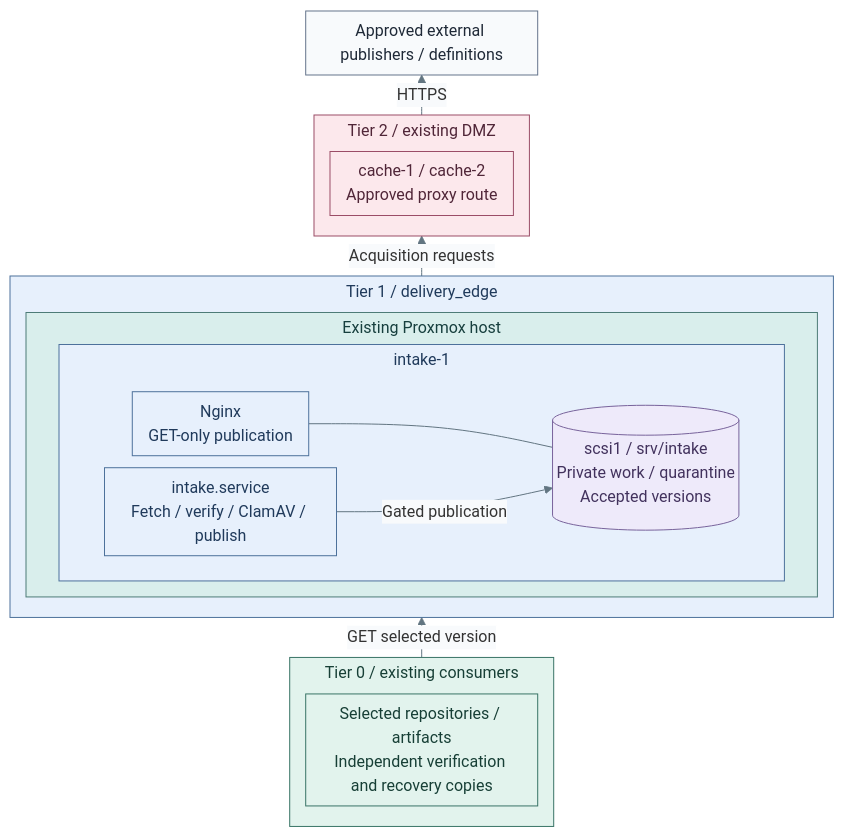
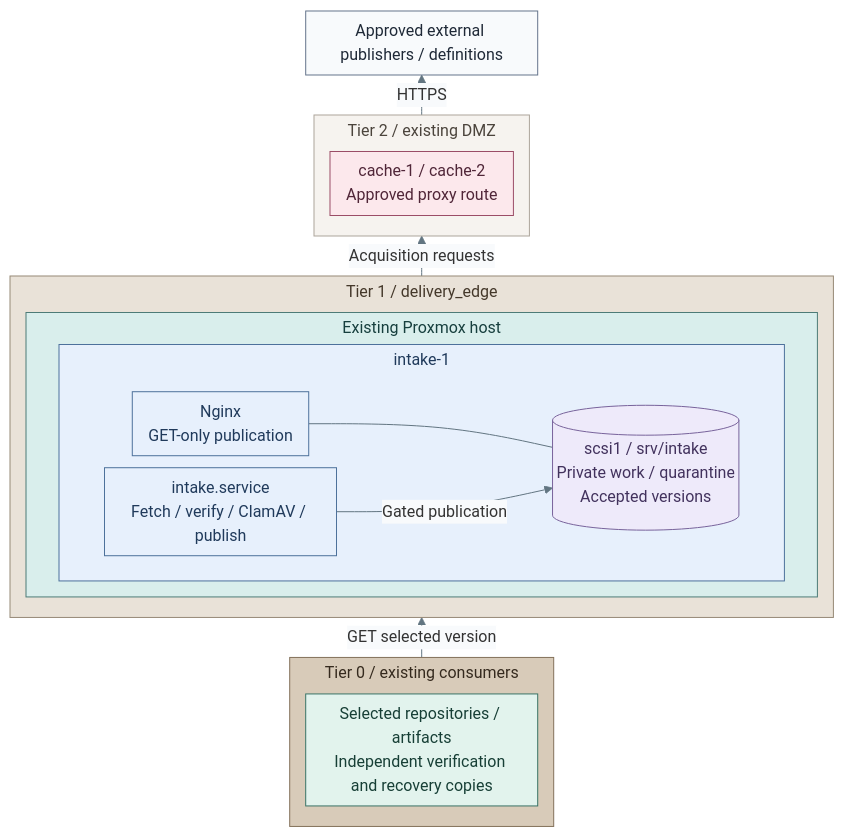
The first of 2 diagrams in docs/03-deployment/stage-3-trust/step-15b-verified-intake.md (Rexus/homelab), drawn with Mermaid before and after one commit. The commit also changed other lines of this file and 108 other files, not shown here.

Commit message:
docs(diagrams): unify visual language and opening views

````diff
--- a/docs/03-deployment/stage-3-trust/step-15b-verified-intake.md
+++ b/docs/03-deployment/stage-3-trust/step-15b-verified-intake.md
@@ -14,37 +14,43 @@
 ```mermaid
 %%{init: {"theme":"base","flowchart":{"nodeSpacing":12,"rankSpacing":16,"padding":8,"subGraphTitleMargin":{"top":4,"bottom":12}},"themeVariables":{"lineColor":"#627581","edgeLabelBackground":"#f8fafc"}}}%%
 flowchart BT
   subgraph T0["Tier 0 / existing consumers"]
     C["Selected repositories / artifacts<br/>Independent verification and recovery copies"]
   end
   subgraph T1["Tier 1 / delivery_edge"]
     subgraph PVE["Existing Proxmox host"]
     subgraph VM["intake-1"]
         direction LR
         WEB["Nginx<br/>GET-only publication"]
         JOBS["intake.service<br/>Fetch / verify / ClamAV / publish"]
         DATA[("scsi1 / srv/intake<br/>Private work / quarantine<br/>Accepted versions")]
         WEB --- DATA
         JOBS -->|Gated publication| DATA
       end
     end
   end
   subgraph T2["Tier 2 / existing DMZ"]
     PROXY["cache-1 / cache-2<br/>Approved proxy route"]
   end
   UP["Approved external publishers / definitions"]
   T0 -->|GET selected version| T1
   T1 -->|Acquisition requests| T2
   T2 -->|HTTPS| UP
   classDef default fill:#f8fafc,stroke:#64748b,color:#1f2937
   classDef control fill:#e2f3ed,stroke:#397366,color:#173f36
   classDef services fill:#e7f0fc,stroke:#4d719b,color:#203a5b
   classDef runtime fill:#d9eeec,stroke:#4d7b77,color:#173f3e
   classDef data fill:#eeeafa,stroke:#78639b,color:#42325d
   classDef edge fill:#fce8ec,stroke:#9b4d67,color:#502638
-  class T0,C control
-  class T1,VM,WEB,JOBS services
+  class C control
+  class VM,WEB,JOBS services
   class PVE runtime
   class DATA data
-  class T2,PROXY edge
+  class PROXY edge
+  classDef tier0 fill:#d8cbb9,stroke:#83715a,color:#352a1e
+  class T0 tier0
+  classDef tier1 fill:#e9e2d8,stroke:#968976,color:#44382a
+  class T1 tier1
+  classDef tier2 fill:#f6f3ef,stroke:#aca59b,color:#4b443c
+  class T2 tier2
 ```
````
